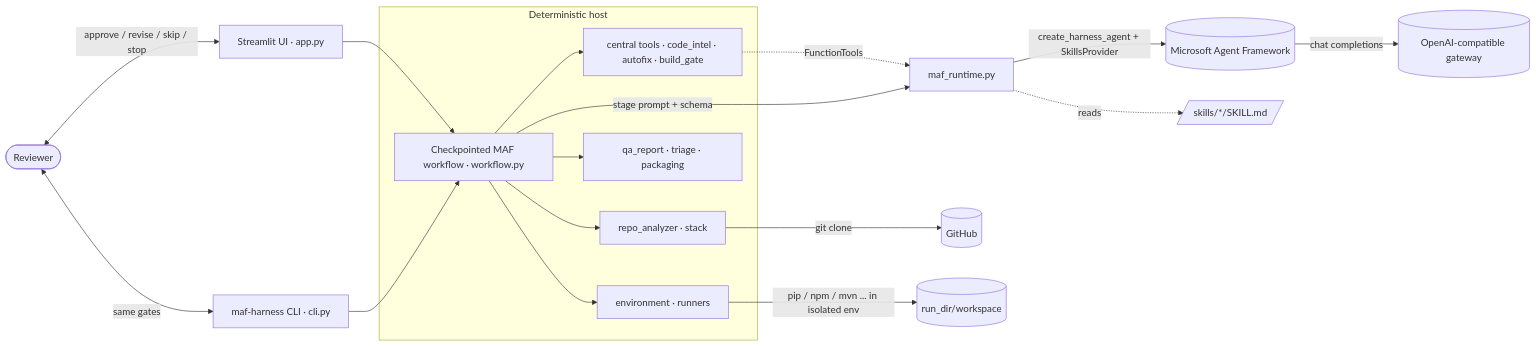
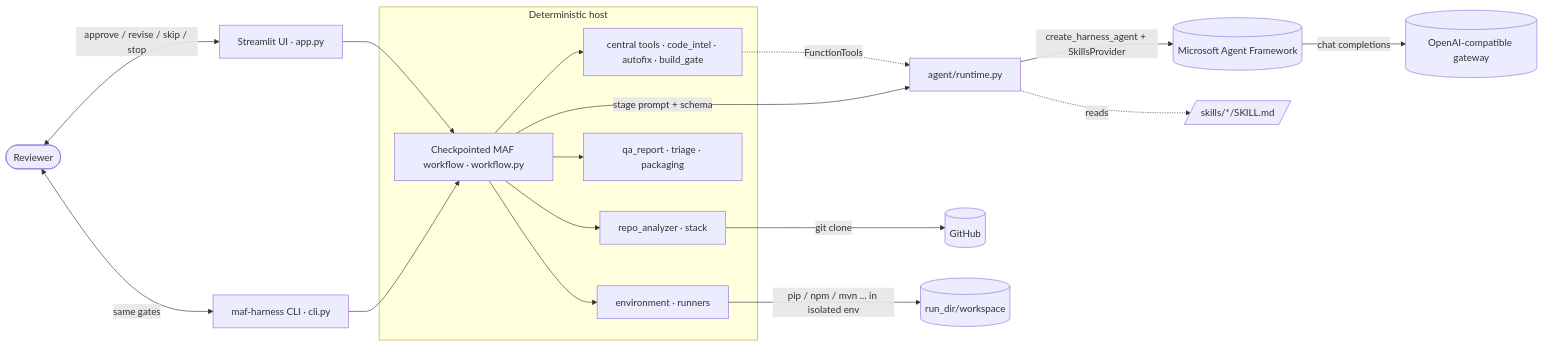
The first of 3 diagrams in docs/ARCHITECTURE.md (sarveshtalele/maf-harness-testing), drawn with Mermaid before and after one commit. The commit also changed other lines of this file and 80 other files, not shown here.

````diff
--- a/docs/ARCHITECTURE.md
+++ b/docs/ARCHITECTURE.md
@@ -27,25 +27,25 @@
 ```mermaid
 flowchart LR
   U([Reviewer]) <-->|approve / revise / skip / stop| UI[Streamlit UI · app.py]
   U <-->|same gates| CLI[maf-harness CLI · cli.py]
   UI --> WF
   CLI --> WF
   subgraph HOST[Deterministic host]
     WF[Checkpointed MAF workflow · workflow.py]
     AN[repo_analyzer · stack]
     ENV[environment · runners]
     QA[qa_report · triage · packaging]
     CT[central tools · code_intel · autofix · build_gate]
   end
   WF --> AN
   WF --> ENV
   WF --> QA
   WF --> CT
   CT -. FunctionTools .-> RT
-  WF -->|stage prompt + schema| RT[maf_runtime.py]
+  WF -->|stage prompt + schema| RT[agent/runtime.py]
   RT -->|create_harness_agent + SkillsProvider| MAF[(Microsoft Agent Framework)]
   MAF -->|chat completions| GW[(OpenAI-compatible gateway)]
   RT -. reads .-> SK[/"skills/*/SKILL.md"/]
   AN -->|git clone| GH[(GitHub)]
   ENV -->|pip / npm / mvn ... in isolated env| WS[(run_dir/workspace)]
 ```
````
